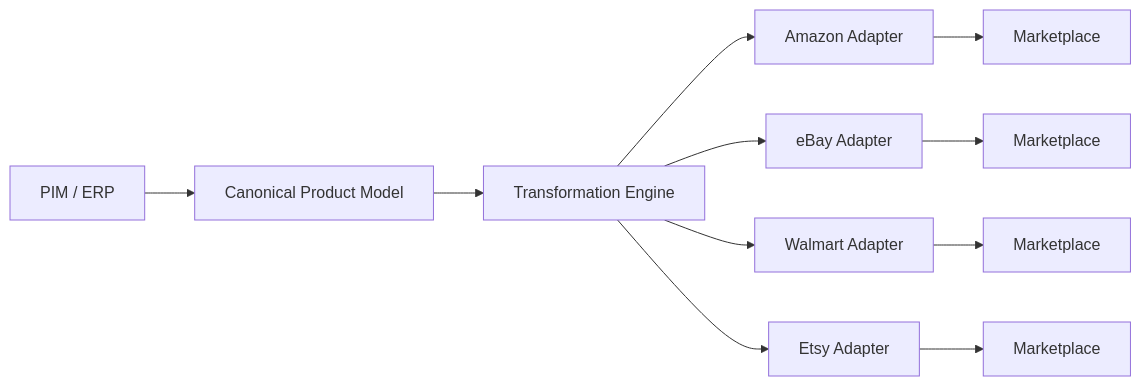
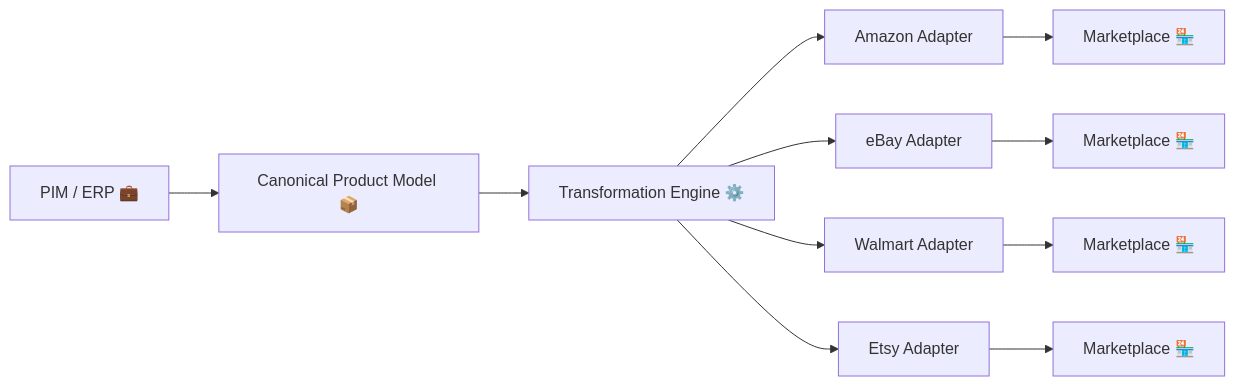
Before and after one commit to ishandutta2007/Awesome-Marketplace-Integration-Platform: the second of 2 diagrams in README.md, drawn with Mermaid. The commit also changed other lines of this file and 1 other file, not shown here.

````diff
--- a/README.md
+++ b/README.md
@@ -526,17 +534,17 @@
 ```mermaid
 flowchart LR
 
-    A[PIM / ERP] --> B[Canonical Product Model]
+    A[PIM / ERP 💼] --> B[Canonical Product Model 📦]
 
-    B --> C[Transformation Engine]
+    B --> C[Transformation Engine ⚙️]
 
     C --> D[Amazon Adapter]
     C --> E[eBay Adapter]
     C --> F[Walmart Adapter]
     C --> G[Etsy Adapter]
 
-    D --> H[Marketplace]
-    E --> I[Marketplace]
-    F --> J[Marketplace]
-    G --> K[Marketplace]
+    D --> H[Marketplace 🏪]
+    E --> I[Marketplace 🏪]
+    F --> J[Marketplace 🏪]
+    G --> K[Marketplace 🏪]
 ```
````
